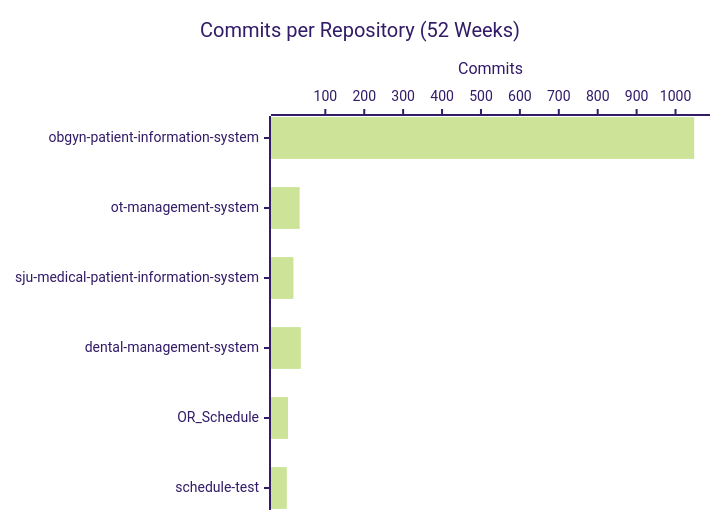
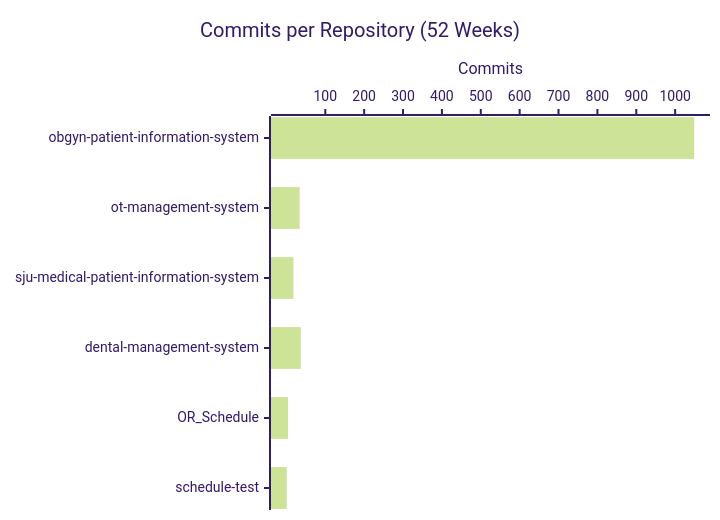
The second of 4 diagrams in profile/README.md (CSTH-Projects/.github), drawn with Mermaid (forest theme) before and after one commit. The commit also changed other lines of this file, not shown here.

````diff
--- a/profile/README.md
+++ b/profile/README.md
@@ -24,7 +24,7 @@
 ```mermaid
 xychart-beta horizontal
     title "Commits per Repository (52 Weeks)"
     x-axis ["obgyn-patient-information-system", "ot-management-system", "sju-medical-patient-information-system", "dental-management-system", "OR_Schedule", "schedule-test"]
     y-axis "Commits"
-    bar [1048, 34, 18, 37, 4, 1]
+    bar [1049, 34, 18, 37, 4, 1]
 ```
````
